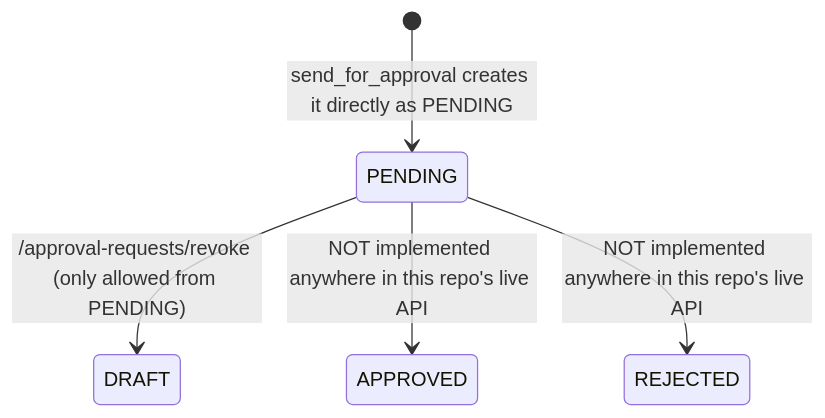
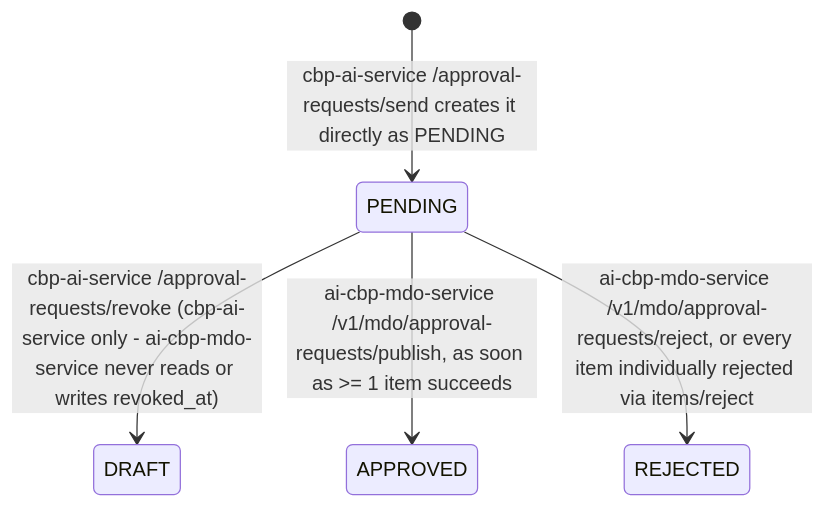
Before and after one commit to KB-iGOT/igot-docs: the tenth of 12 diagrams in docs/learning-hub/ai-cbp-tool/lld.md, drawn with Mermaid. The commit also changed other lines of this file and 8 other files, not shown here.

````diff
--- a/docs/learning-hub/ai-cbp-tool/lld.md
+++ b/docs/learning-hub/ai-cbp-tool/lld.md
@@ -194,7 +275,7 @@
 ```mermaid
 stateDiagram-v2
-    [*] --> PENDING: send_for_approval creates it directly as PENDING
-    PENDING --> DRAFT: /approval-requests/revoke (only allowed from PENDING)
-    PENDING --> APPROVED: NOT implemented anywhere in this repo's live API
-    PENDING --> REJECTED: NOT implemented anywhere in this repo's live API
+    [*] --> PENDING: cbp-ai-service /approval-requests/send creates it directly as PENDING
+    PENDING --> DRAFT: cbp-ai-service /approval-requests/revoke (cbp-ai-service only - ai-cbp-mdo-service never reads or writes revoked_at)
+    PENDING --> APPROVED: ai-cbp-mdo-service /v1/mdo/approval-requests/publish, as soon as >= 1 item succeeds
+    PENDING --> REJECTED: ai-cbp-mdo-service /v1/mdo/approval-requests/reject, or every item individually rejected via items/reject
 ```
````
